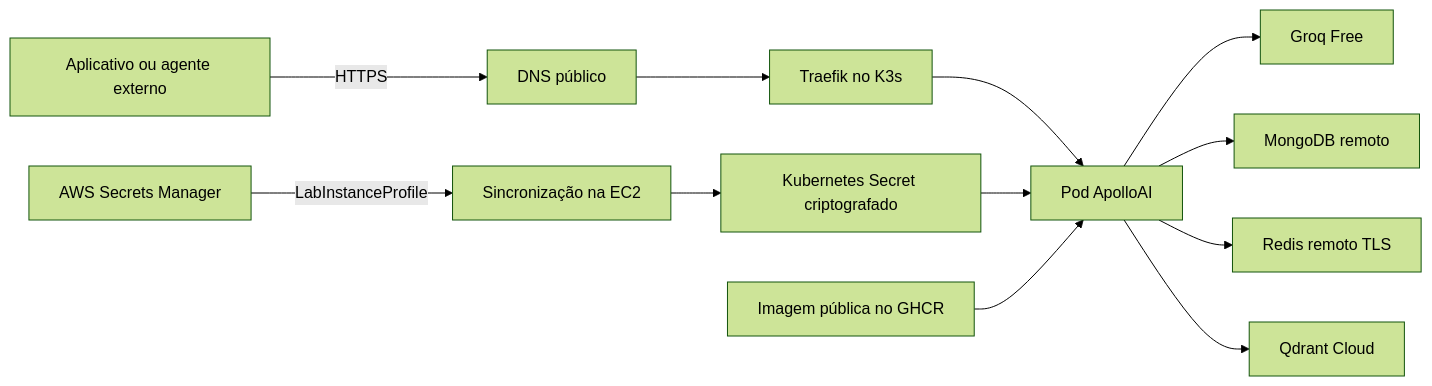
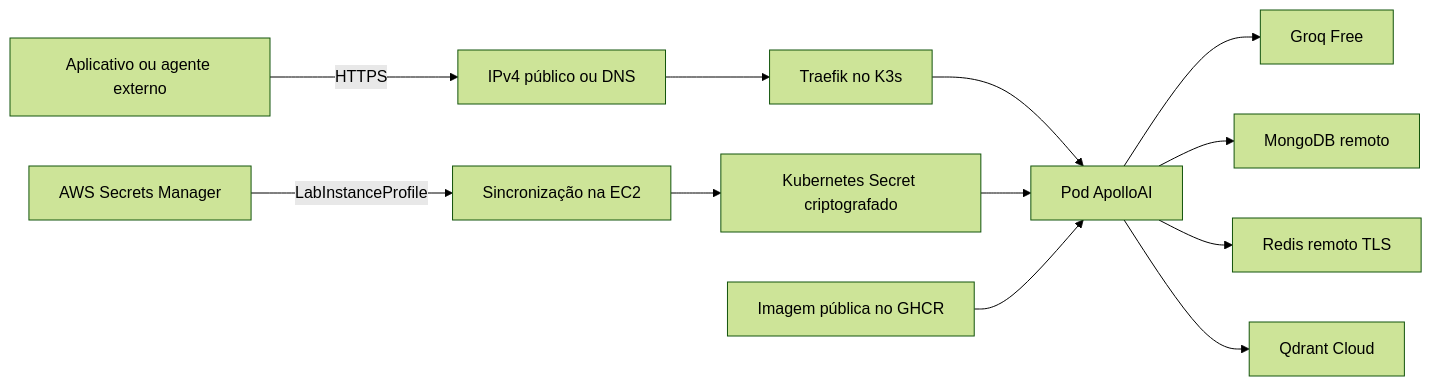
Before and after one commit to ApolloOficial/Chatbot-ApolloAI: the diagram in docs/AWS_LEARNER_LAB.md, drawn with Mermaid (forest theme). The commit also changed other lines of this file and 10 other files, not shown here.

Commit message:
feat: support HTTPS deployment on public IP

````diff
--- a/docs/AWS_LEARNER_LAB.md
+++ b/docs/AWS_LEARNER_LAB.md
@@ -10,14 +10,14 @@
 ```mermaid
 flowchart LR
-    Client[Aplicativo ou agente externo] -->|HTTPS| DNS[DNS público]
-    DNS --> Traefik[Traefik no K3s]
+    Client[Aplicativo ou agente externo] -->|HTTPS| Public[IPv4 público ou DNS]
+    Public --> Traefik[Traefik no K3s]
     Traefik --> API[Pod ApolloAI]
     API --> Groq[Groq Free]
     API --> Mongo[MongoDB remoto]
     API --> Redis[Redis remoto TLS]
     API --> Qdrant[Qdrant Cloud]
     Secrets[AWS Secrets Manager] -->|LabInstanceProfile| Sync[Sincronização na EC2]
     Sync --> KSecret[Kubernetes Secret criptografado]
     KSecret --> API
     GHCR[Imagem pública no GHCR] --> API
 ```
````
